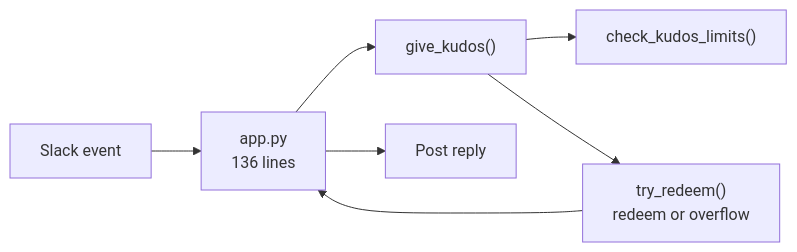
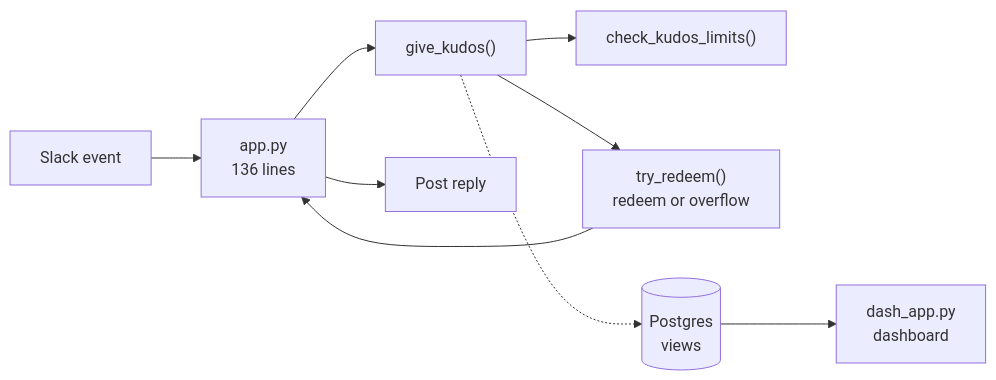
Before and after one commit to samanklesaria/kudos-bot: the third of 4 diagrams in presentation/slideshow.md, drawn with Mermaid. The commit also changed other lines of this file and 6 other files, not shown here.

````diff
--- a/presentation/slideshow.md
+++ b/presentation/slideshow.md
@@ -72,9 +72,11 @@
 ```mermaid
 graph LR
     S["Slack event"] --> A["app.py<br>136 lines"]
     A --> GK["give_kudos()"]
     GK --> CL["check_kudos_limits()"]
     GK --> TR["try_redeem()<br>redeem or overflow"]
     TR --> A
     A --> Reply["Post reply"]
+    GK -.-> PG[("Postgres<br>views")]
+    PG --> D["dash_app.py<br>dashboard"]
 ```
````
